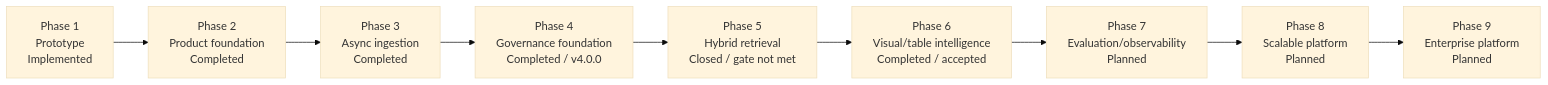
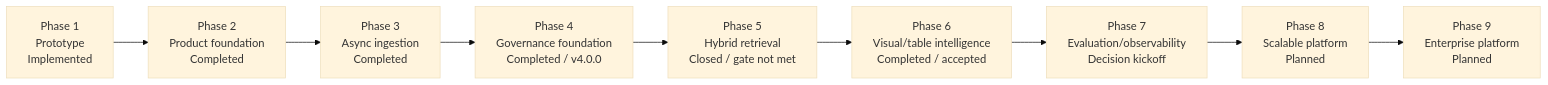
One commit to mvyas412/ai-projects changed the second of 11 diagrams in mm-rag-full-stack-genai-bootcamp-3.0/docs/architecture/ARCHITECTURE.md. Above: the diagram before and after it, drawn with Mermaid (base theme). The commit also changed other lines of this file and 73 other files, not shown here.

First line of the commit message:
feat(mm-rag): implement Phase 7 evaluation and observability (#11)

````diff
--- a/mm-rag-full-stack-genai-bootcamp-3.0/docs/architecture/ARCHITECTURE.md
+++ b/mm-rag-full-stack-genai-bootcamp-3.0/docs/architecture/ARCHITECTURE.md
@@ -177,12 +168,12 @@
 ```mermaid
 flowchart LR
     p1["Phase 1<br/>Prototype<br/>Implemented"] -->
     p2["Phase 2<br/>Product foundation<br/>Completed"] -->
     p3["Phase 3<br/>Async ingestion<br/>Completed"] -->
     p4["Phase 4<br/>Governance foundation<br/>Completed / v4.0.0"] -->
     p5["Phase 5<br/>Hybrid retrieval<br/>Closed / gate not met"] -->
     p6["Phase 6<br/>Visual/table intelligence<br/>Completed / accepted"] -->
-    p7["Phase 7<br/>Evaluation/observability<br/>Planned"] -->
+    p7["Phase 7<br/>Evaluation/observability<br/>Decision kickoff"] -->
     p8["Phase 8<br/>Scalable platform<br/>Planned"] -->
     p9["Phase 9<br/>Enterprise platform<br/>Planned"]
 ```
````
